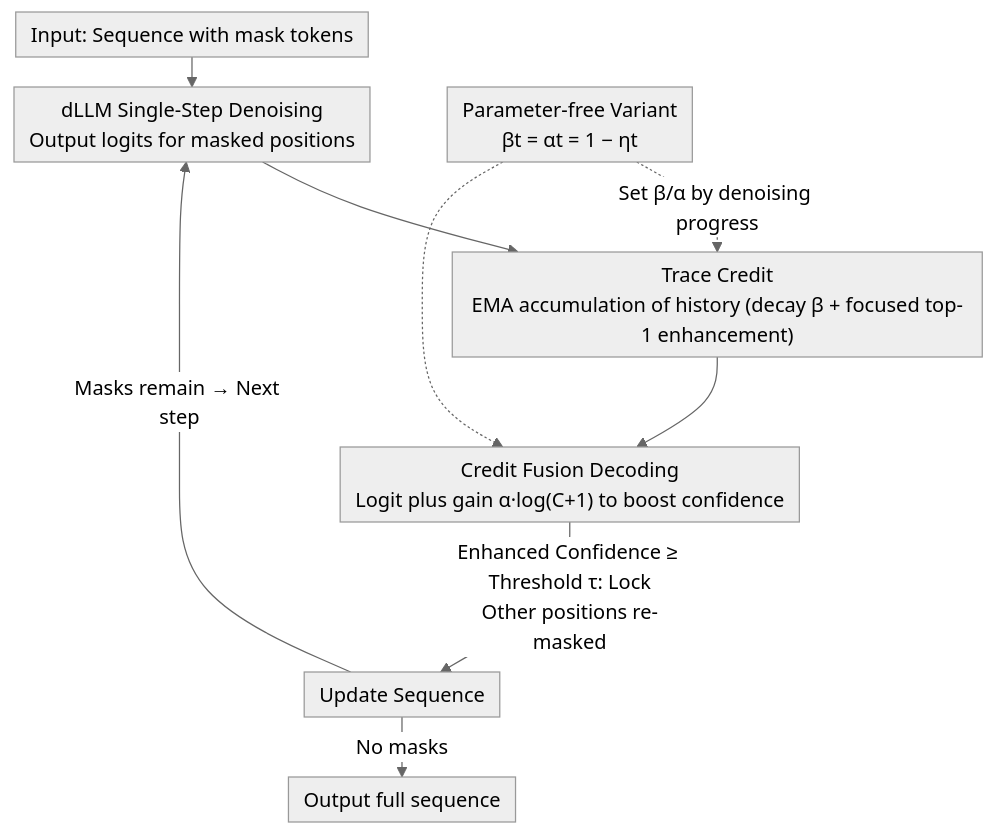
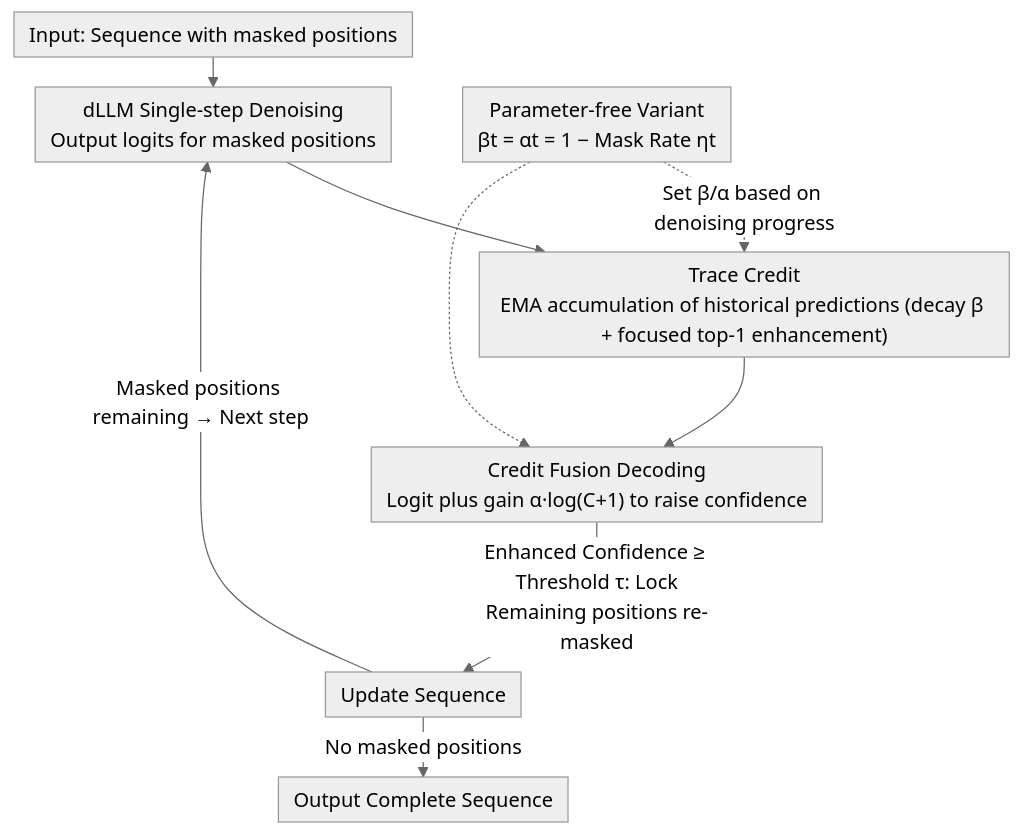
The diagram in docs/ACL2026/llm_efficiency/creditdecoding_accelerating_parallel_decoding_in_diffusion_large_language_models.md (zhaoyang97/Paper-Notes-en), drawn with Mermaid (neutral theme) before and after one commit. The commit also changed other lines of this file and 5084 other files, not shown here.

````diff
--- a/docs/ACL2026/llm_efficiency/creditdecoding_accelerating_parallel_decoding_in_diffusion_large_language_models.md
+++ b/docs/ACL2026/llm_efficiency/creditdecoding_accelerating_parallel_decoding_in_diffusion_large_language_models.md
@@ -45,12 +45,12 @@
 ```mermaid
 %%{init: {'flowchart': {'rankSpacing': 24, 'nodeSpacing': 28, 'padding': 6, 'wrappingWidth': 400}}}%%
 flowchart TD
-    A["Input: Sequence with mask tokens"] --> B["dLLM Single-Step Denoising<br/>Output logits for masked positions"]
-    B --> C["Trace Credit<br/>EMA accumulation of history (decay β + focused top-1 enhancement)"]
-    C --> D["Credit Fusion Decoding<br/>Logit plus gain α·log(C+1) to boost confidence"]
-    D -->|"Enhanced Confidence ≥ Threshold τ: Lock<br/>Other positions re-masked"| F["Update Sequence"]
-    G["Parameter-free Variant<br/>βt = αt = 1 − ηt"] -.->|"Set β/α by denoising progress"| C
+    A["Input: Sequence with masked positions"] --> B["dLLM Single-step Denoising<br/>Output logits for masked positions"]
+    B --> C["Trace Credit<br/>EMA accumulation of historical predictions (decay β + focused top-1 enhancement)"]
+    C --> D["Credit Fusion Decoding<br/>Logit plus gain α·log(C+1) to raise confidence"]
+    D -->|"Enhanced Confidence ≥ Threshold τ: Lock<br/>Remaining positions re-masked"| F["Update Sequence"]
+    G["Parameter-free Variant<br/>βt = αt = 1 − Mask Rate ηt"] -.->|"Set β/α based on denoising progress"| C
     G -.-> D
-    F -->|"Masks remain → Next step"| B
-    F -->|"No masks"| I["Output full sequence"]
+    F -->|"Masked positions remaining → Next step"| B
+    F -->|"No masked positions"| I["Output Complete Sequence"]
 ```
````
